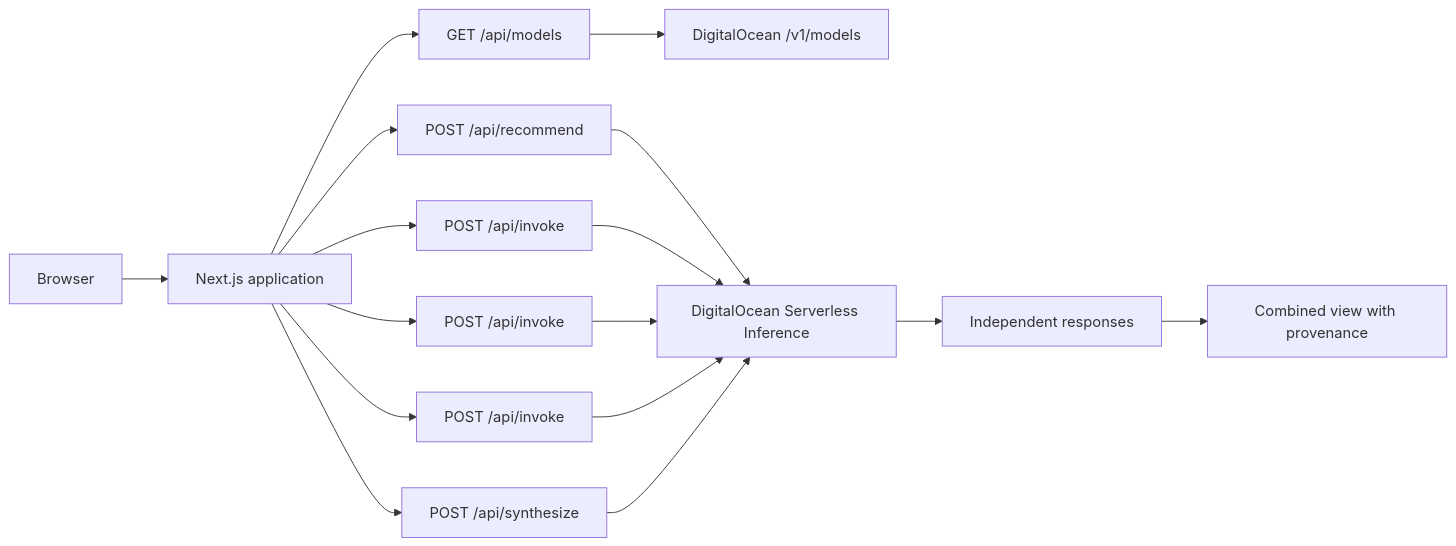
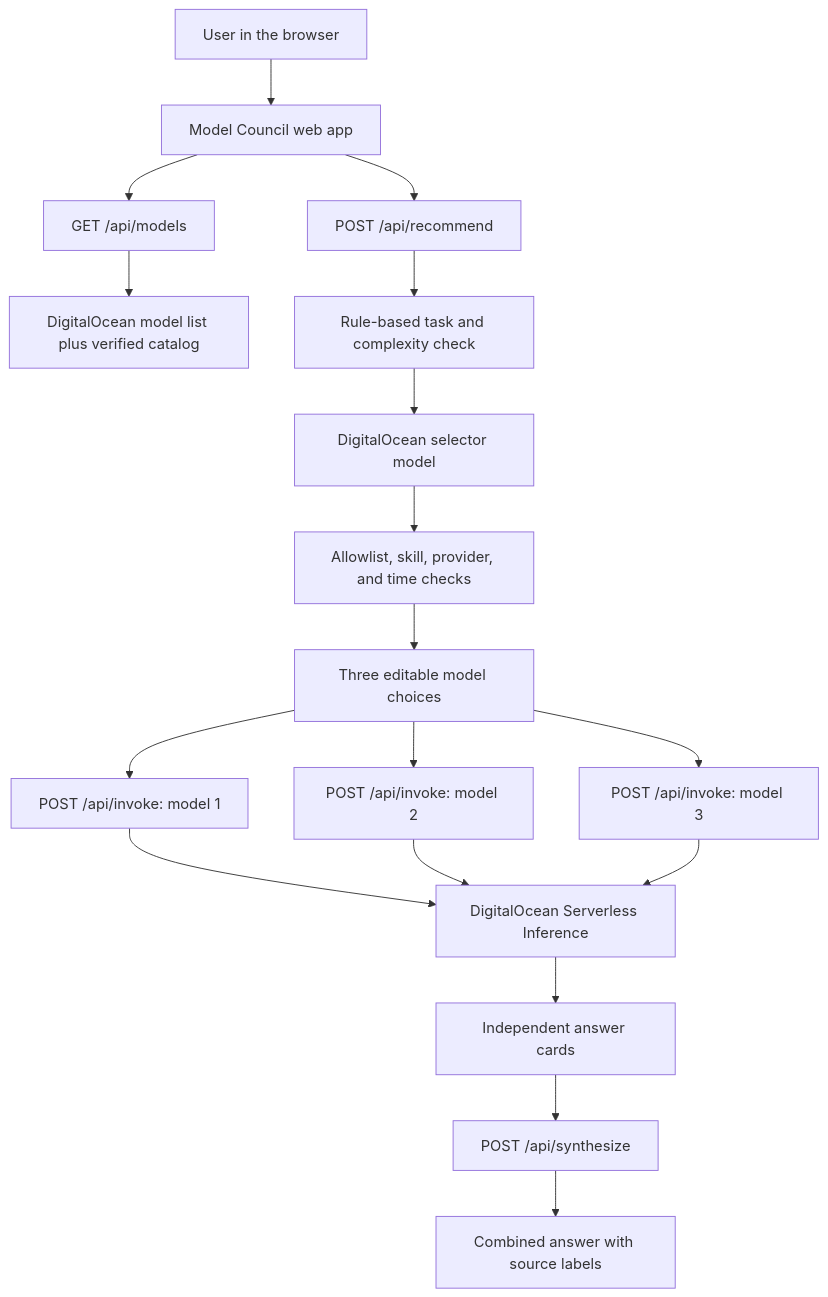
The diagram in README.md (AnkitKhowal/model-council), drawn with Mermaid before and after one commit. The commit also changed other lines of this file, not shown here.

````diff
--- a/README.md
+++ b/README.md
@@ -37,16 +158,25 @@
 ```mermaid
-flowchart LR
-  U[Browser] --> W[Next.js application]
-  W --> M[GET /api/models]
-  M --> CATALOG[DigitalOcean /v1/models]
-  W --> A[POST /api/recommend]
-  A --> DO[DigitalOcean Serverless Inference]
-  W --> I1[POST /api/invoke]
-  W --> I2[POST /api/invoke]
-  W --> I3[POST /api/invoke]
-  I1 & I2 & I3 --> DO
-  W --> S[POST /api/synthesize]
-  S --> DO
-  DO --> R[Independent responses]
-  R --> C[Combined view with provenance]
+flowchart TD
+  USER[User in the browser] --> APP[Model Council web app]
+
+  APP --> MODELS[GET /api/models]
+  MODELS --> DIRECTORY[DigitalOcean model list plus verified catalog]
+
+  APP --> PICK[POST /api/recommend]
+  PICK --> CLASSIFY[Rule-based task and complexity check]
+  CLASSIFY --> SELECTOR[DigitalOcean selector model]
+  SELECTOR --> CHECKS[Allowlist, skill, provider, and time checks]
+  CHECKS --> CHOICE[Three editable model choices]
+
+  CHOICE --> ONE[POST /api/invoke: model 1]
+  CHOICE --> TWO[POST /api/invoke: model 2]
+  CHOICE --> THREE[POST /api/invoke: model 3]
+
+  ONE --> DO[DigitalOcean Serverless Inference]
+  TWO --> DO
+  THREE --> DO
+
+  DO --> CARDS[Independent answer cards]
+  CARDS --> SYNTH[POST /api/synthesize]
+  SYNTH --> COMBINED[Combined answer with source labels]
 ```
````
